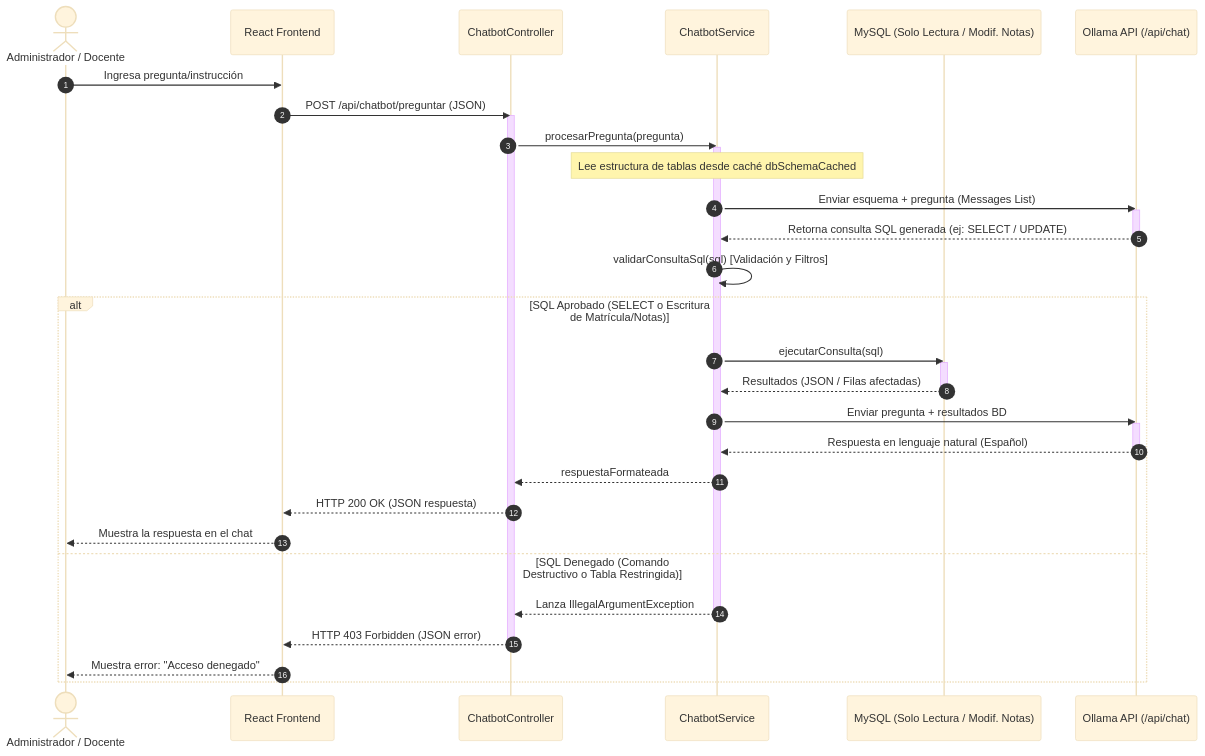
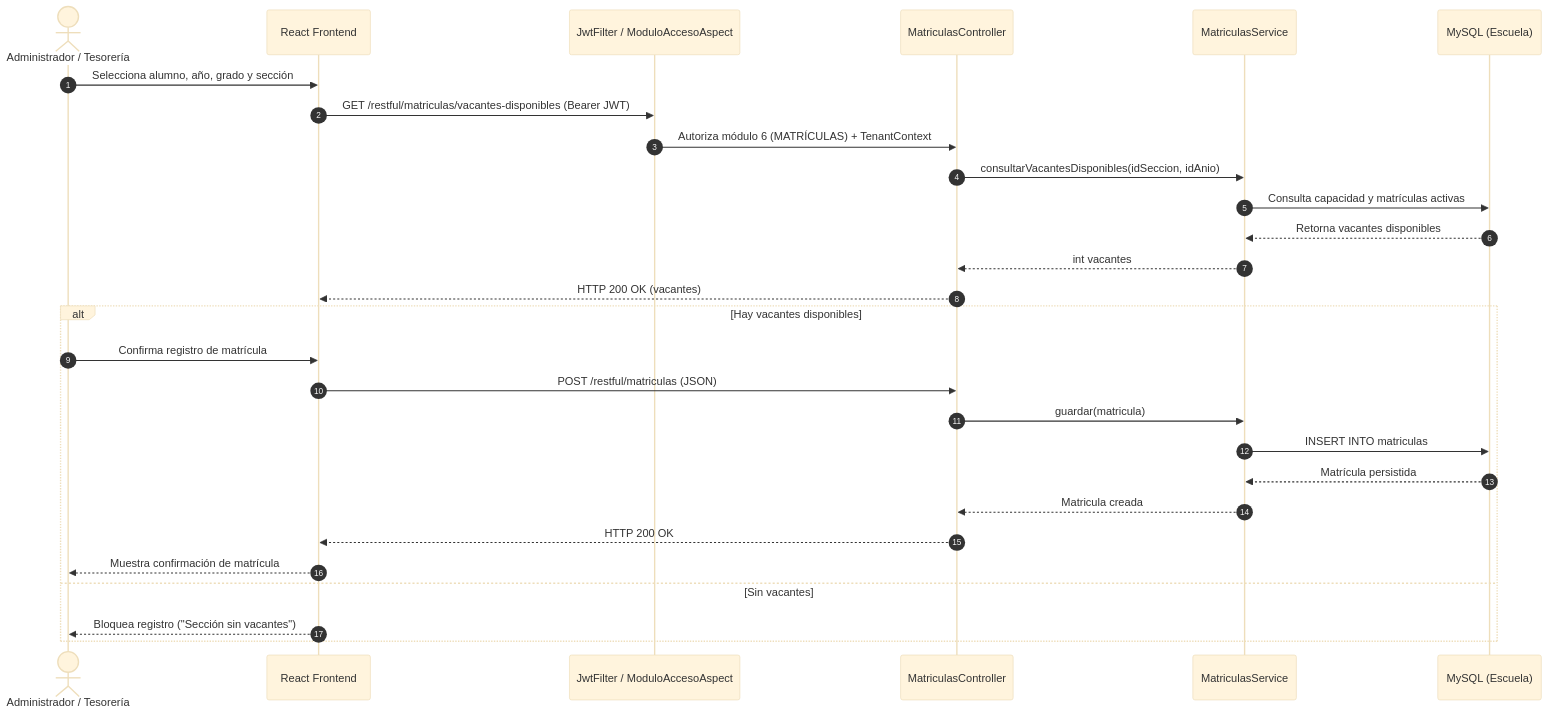
One commit to Xoryex/Proyecto_Escuela changed the seventh of 17 diagrams in Mis_documentos/Informe_ING_Software.md. Above: the diagram before and after it, drawn with Mermaid (base theme). The commit also changed other lines of this file and 9 other files, not shown here.

````diff
--- a/Mis_documentos/Informe_ING_Software.md
+++ b/Mis_documentos/Informe_ING_Software.md
@@ -1020,42 +1021,32 @@
 ```mermaid
 sequenceDiagram
     autonumber
-    actor Usuario as Administrador / Docente
+    actor Usuario as Administrador / Tesorería
     participant UI as React Frontend
-    participant Ctrl as ChatbotController
-    participant Serv as ChatbotService
-    participant DB as MySQL (Solo Lectura / Modif. Notas)
-    participant Ollama as Ollama API (/api/chat)
+    participant Sec as JwtFilter / ModuloAccesoAspect
+    participant Ctrl as MatriculasController
+    participant Serv as MatriculasService
+    participant DB as MySQL (Escuela)
 
-    Usuario->>UI: Ingresa pregunta/instrucción
-    UI->>Ctrl: POST /api/chatbot/preguntar (JSON)
-    activate Ctrl
-    Ctrl->>Serv: procesarPregunta(pregunta)
-    activate Serv
-    Note over Serv: Lee estructura de tablas desde caché dbSchemaCached
-    Serv->>Ollama: Enviar esquema + pregunta (Messages List)
-    activate Ollama
-    Ollama-->>Serv: Retorna consulta SQL generada (ej: SELECT / UPDATE)
-    deactivate Ollama
-    Serv->>Serv: validarConsultaSql(sql) [Validación y Filtros]
-    
-    alt SQL Aprobado (SELECT o Escritura de Matrícula/Notas)
-        Serv->>DB: ejecutarConsulta(sql)
-        activate DB
-        DB-->>Serv: Resultados (JSON / Filas afectadas)
-        deactivate DB
-        Serv->>Ollama: Enviar pregunta + resultados BD
-        activate Ollama
-        Ollama-->>Serv: Respuesta en lenguaje natural (Español)
-        deactivate Ollama
-        Serv-->>Ctrl: respuestaFormateada
-        Ctrl-->>UI: HTTP 200 OK (JSON respuesta)
-        UI-->>Usuario: Muestra la respuesta en el chat
-    else SQL Denegado (Comando Destructivo o Tabla Restringida)
-        Serv-->>Ctrl: Lanza IllegalArgumentException
-        deactivate Serv
-        Ctrl-->>UI: HTTP 403 Forbidden (JSON error)
-        deactivate Ctrl
-        UI-->>Usuario: Muestra error: "Acceso denegado"
+    Usuario->>UI: Selecciona alumno, año, grado y sección
+    UI->>Sec: GET /restful/matriculas/vacantes-disponibles (Bearer JWT)
+    Sec->>Ctrl: Autoriza módulo 6 (MATRÍCULAS) + TenantContext
+    Ctrl->>Serv: consultarVacantesDisponibles(idSeccion, idAnio)
+    Serv->>DB: Consulta capacidad y matrículas activas
+    DB-->>Serv: Retorna vacantes disponibles
+    Serv-->>Ctrl: int vacantes
+    Ctrl-->>UI: HTTP 200 OK (vacantes)
+
+    alt Hay vacantes disponibles
+        Usuario->>UI: Confirma registro de matrícula
+        UI->>Ctrl: POST /restful/matriculas (JSON)
+        Ctrl->>Serv: guardar(matricula)
+        Serv->>DB: INSERT INTO matriculas
+        DB-->>Serv: Matrícula persistida
+        Serv-->>Ctrl: Matricula creada
+        Ctrl-->>UI: HTTP 200 OK
+        UI-->>Usuario: Muestra confirmación de matrícula
+    else Sin vacantes
+        UI-->>Usuario: Bloquea registro ("Sección sin vacantes")
     end
 ```
````
